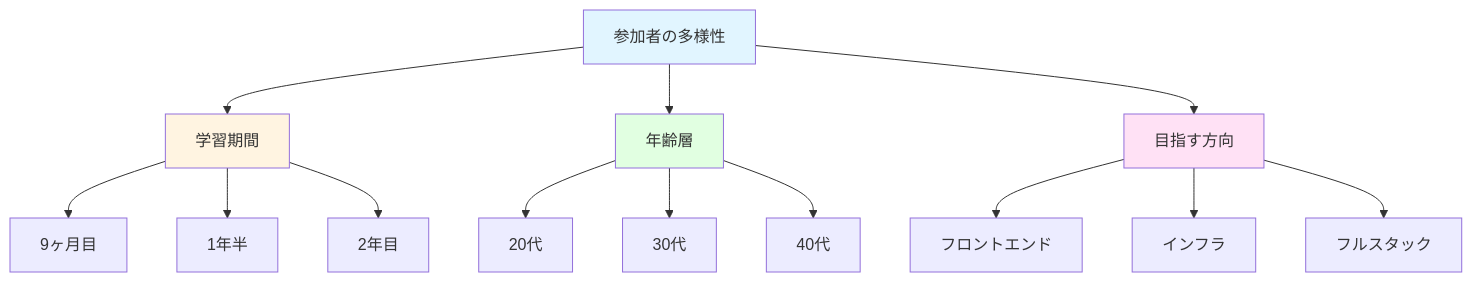
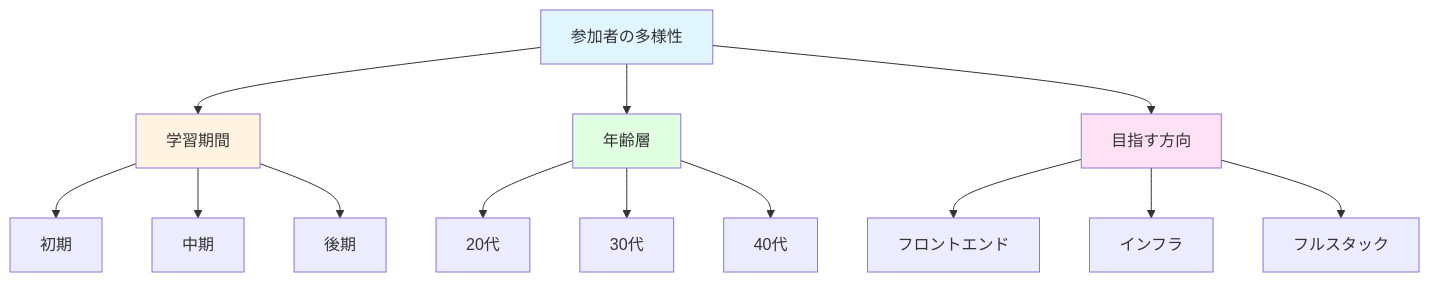
One commit to glaciermelt00/zenn-content changed the first of 8 diagrams in articles/2025-1219-engineer-meet-up.md. Above: the diagram before and after it, drawn with Mermaid. The commit also changed other lines of this file, not shown here.

````diff
--- a/articles/2025-1219-engineer-meet-up.md
+++ b/articles/2025-1219-engineer-meet-up.md
@@ -29,23 +29,23 @@
 ```mermaid
 graph TD
     A[参加者の多様性] --> B[学習期間]
     A --> C[年齢層]
     A --> D[目指す方向]
 
-    B --> B1[9ヶ月目]
-    B --> B2[1年半]
-    B --> B3[2年目]
+    B --> B1[初期]
+    B --> B2[中期]
+    B --> B3[後期]
 
     C --> C1[20代]
     C --> C2[30代]
     C --> C3[40代]
 
     D --> D1[フロントエンド]
     D --> D2[インフラ]
     D --> D3[フルスタック]
 
     style A fill:#e1f5ff
     style B fill:#fff4e1
     style C fill:#e1ffe1
     style D fill:#ffe1f5
 ```
````
